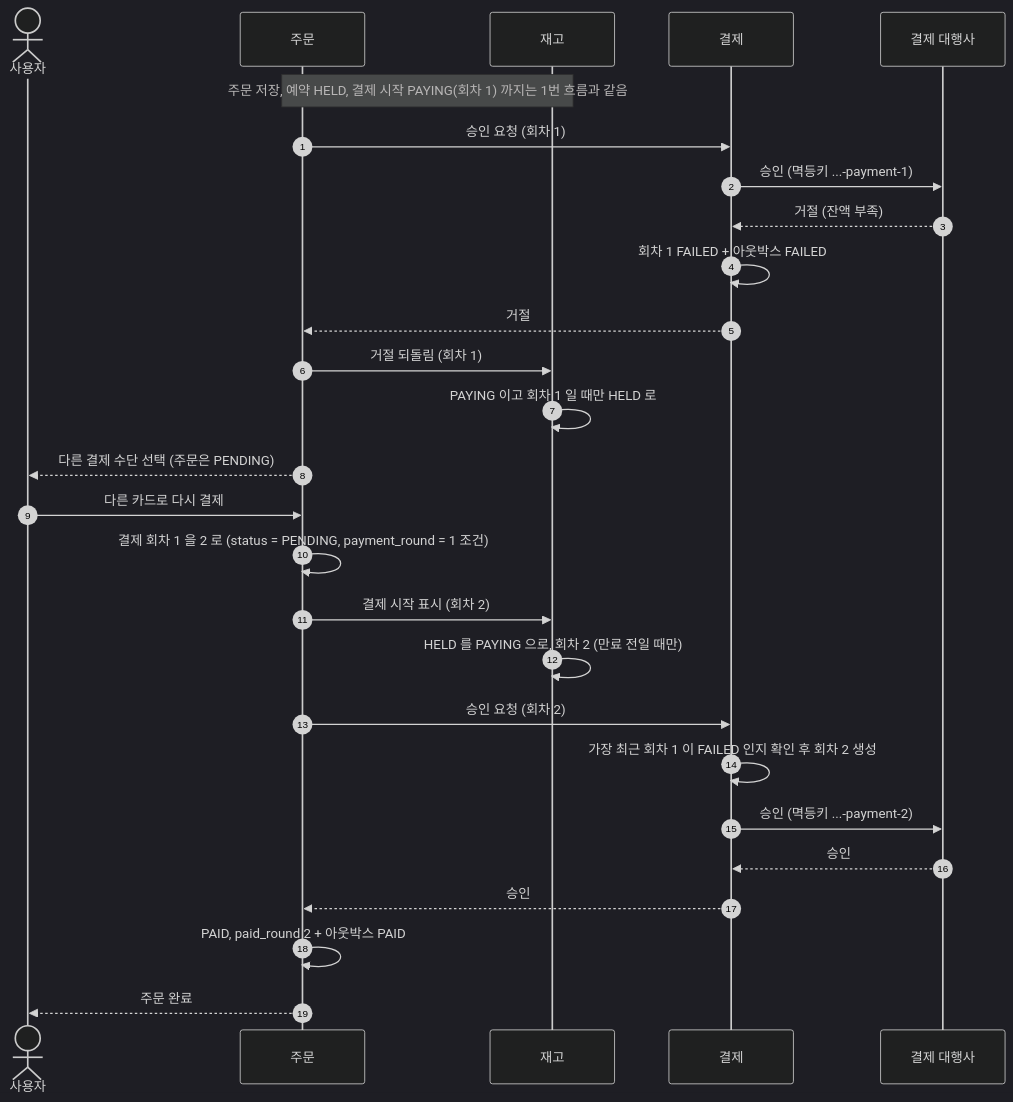
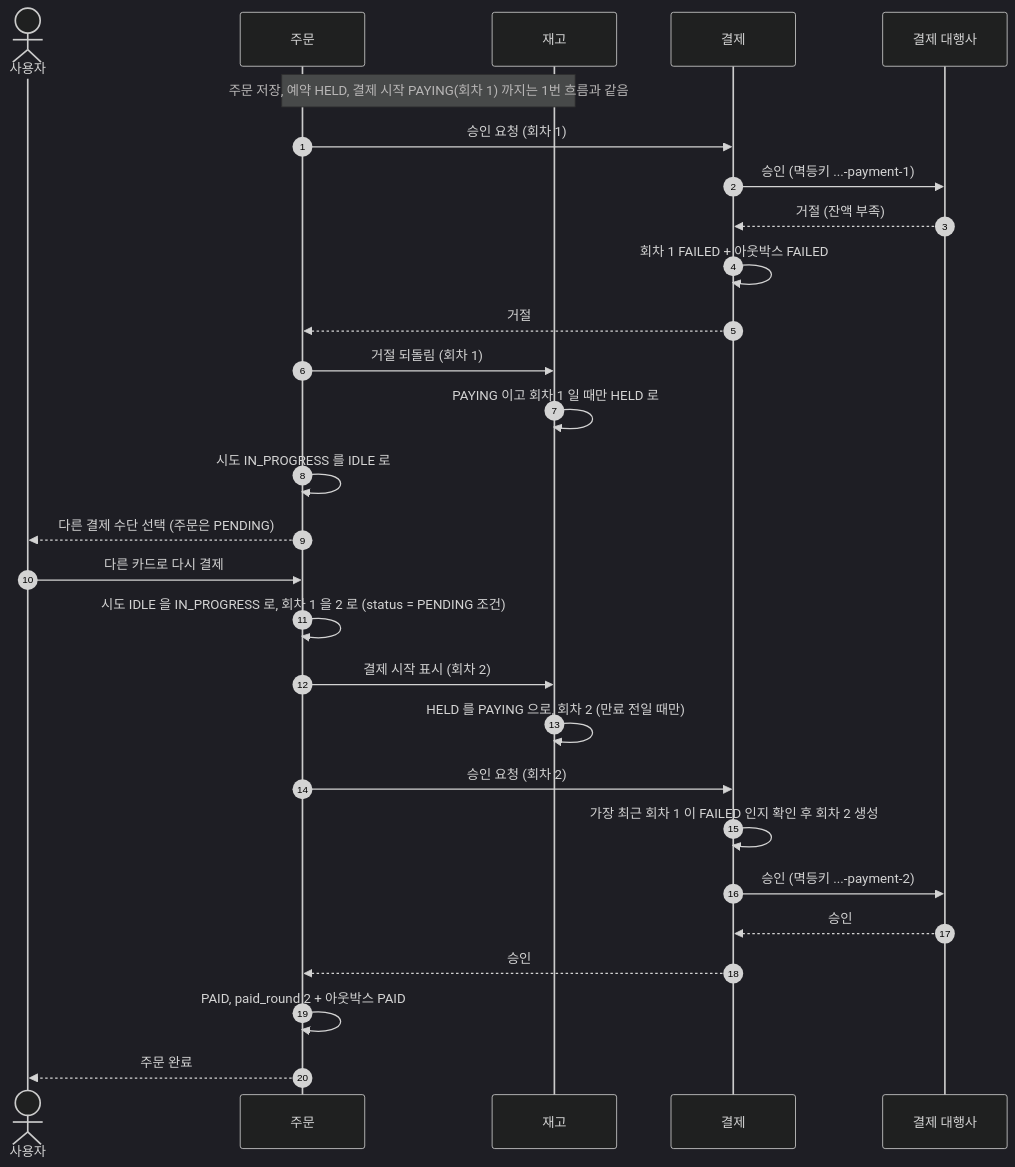
One commit to Bamdule/dawn-delivery-commerce changed the second of 6 diagrams in docs/sequence/01-주문과-결제.md. Above: the diagram before and after it, drawn with Mermaid (dark theme). The commit also changed other lines of this file and 12 other files, not shown here.

````diff
--- a/docs/sequence/01-주문과-결제.md
+++ b/docs/sequence/01-주문과-결제.md
@@ -60,31 +62,32 @@
 ```mermaid
 sequenceDiagram
     autonumber
     actor 사용자
     participant 주문
     participant 재고
     participant 결제
     participant 대행사 as 결제 대행사
 
     Note over 주문,재고: 주문 저장, 예약 HELD, 결제 시작 PAYING(회차 1) 까지는 1번 흐름과 같음
     주문->>결제: 승인 요청 (회차 1)
     결제->>대행사: 승인 (멱등키 ...-payment-1)
     대행사-->>결제: 거절 (잔액 부족)
     결제->>결제: 회차 1 FAILED + 아웃박스 FAILED
     결제-->>주문: 거절
     주문->>재고: 거절 되돌림 (회차 1)
     재고->>재고: PAYING 이고 회차 1 일 때만 HELD 로
+    주문->>주문: 시도 IN_PROGRESS 를 IDLE 로
     주문-->>사용자: 다른 결제 수단 선택 (주문은 PENDING)
 
     사용자->>주문: 다른 카드로 다시 결제
-    주문->>주문: 결제 회차 1 을 2 로 (status = PENDING, payment_round = 1 조건)
+    주문->>주문: 시도 IDLE 을 IN_PROGRESS 로, 회차 1 을 2 로 (status = PENDING 조건)
     주문->>재고: 결제 시작 표시 (회차 2)
     재고->>재고: HELD 를 PAYING 으로, 회차 2 (만료 전일 때만)
     주문->>결제: 승인 요청 (회차 2)
     결제->>결제: 가장 최근 회차 1 이 FAILED 인지 확인 후 회차 2 생성
     결제->>대행사: 승인 (멱등키 ...-payment-2)
     대행사-->>결제: 승인
     결제-->>주문: 승인
     주문->>주문: PAID, paid_round 2 + 아웃박스 PAID
     주문-->>사용자: 주문 완료
 ```
````
